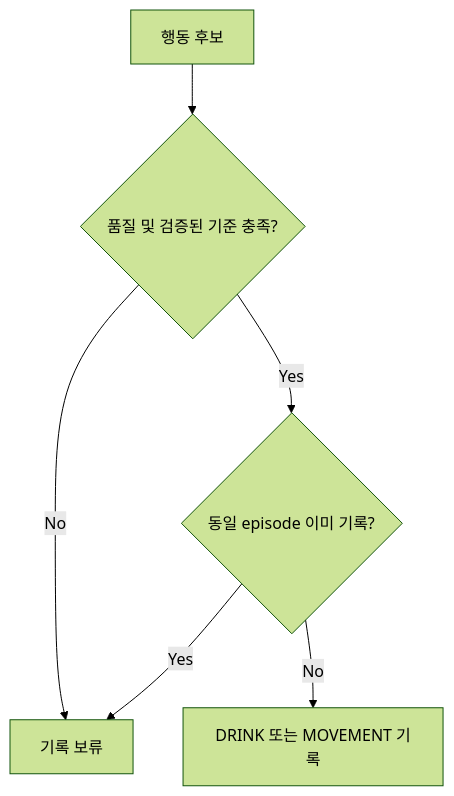
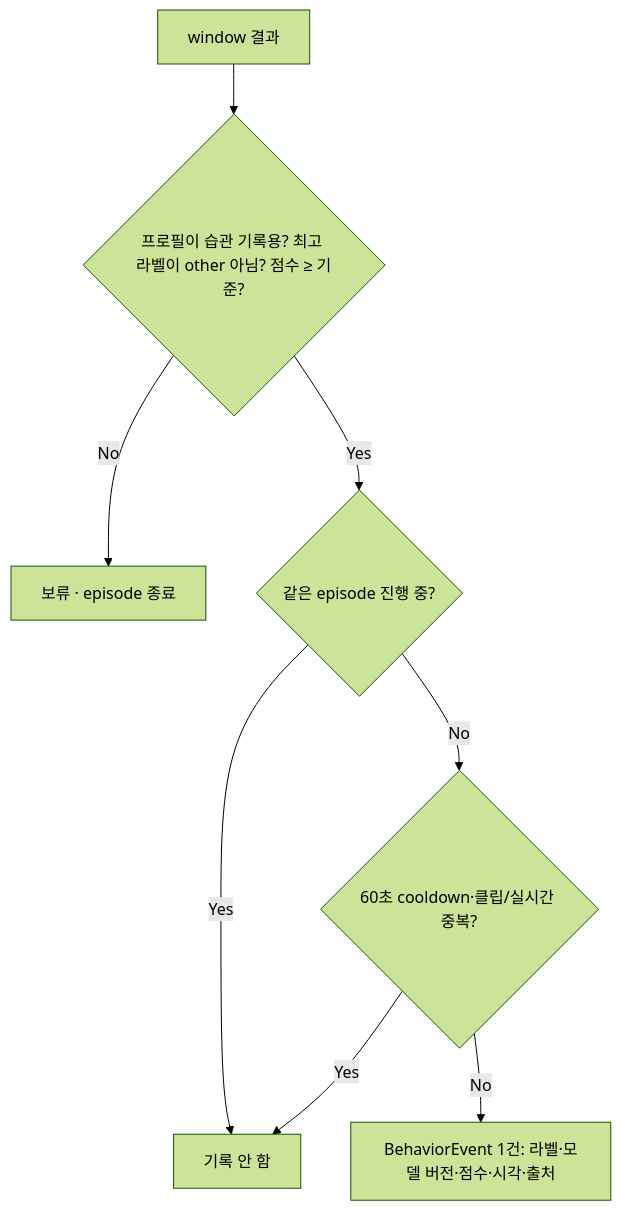
The diagram in docs/AI_PIPELINE.md (HanaPark-lab/desk-habit-coach), drawn with Mermaid (forest theme) before and after one commit. The commit also changed other lines of this file and 6 other files, not shown here.

````diff
--- a/docs/AI_PIPELINE.md
+++ b/docs/AI_PIPELINE.md
@@ -18,8 +30,10 @@
 ```mermaid
 flowchart TD
- A[행동 후보] --> B{품질 및 검증된 기준 충족?}
- B -->|No| X[기록 보류]
- B -->|Yes| C{동일 episode 이미 기록?}
- C -->|Yes| X
- C -->|No| D[DRINK 또는 MOVEMENT 기록]
+ A[window 결과] --> B{프로필이 습관 기록용? 최고 라벨이 other 아님? 점수 ≥ 기준?}
+ B -->|No| X[보류 · episode 종료]
+ B -->|Yes| C{같은 episode 진행 중?}
+ C -->|Yes| X2[기록 안 함]
+ C -->|No| D{60초 cooldown·클립/실시간 중복?}
+ D -->|Yes| X2
+ D -->|No| E[BehaviorEvent 1건: 라벨·모델 버전·점수·시각·출처]
 ```
````
